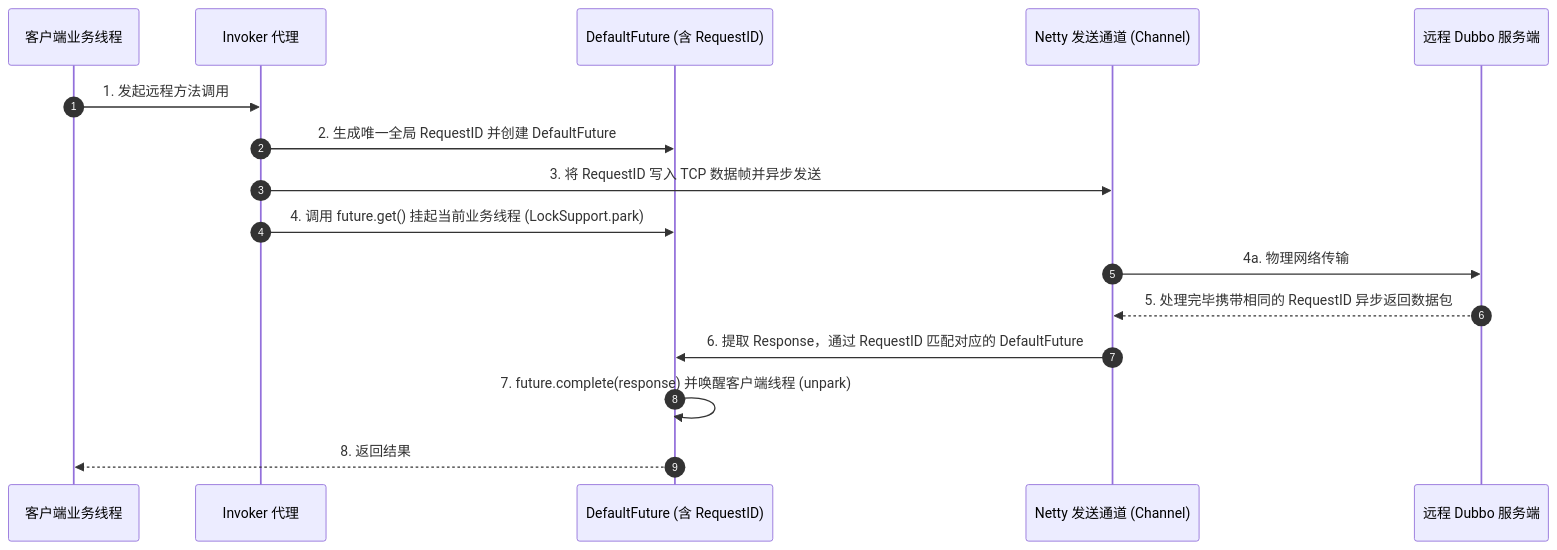
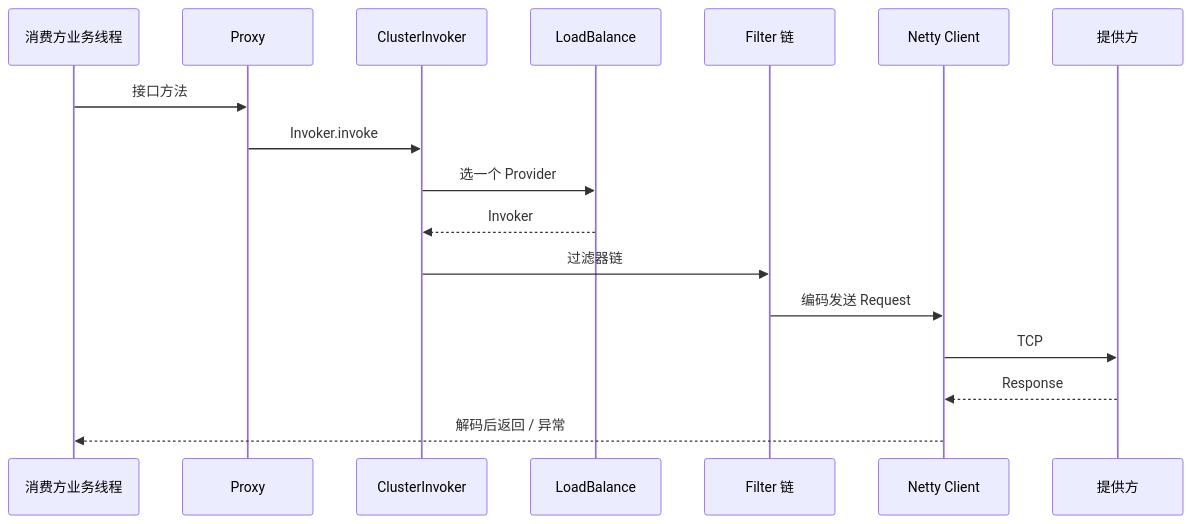
Before and after one commit to Aiden-Coding/AiDocs: the second of 2 diagrams in docs/java/spring/19-dubbo-rpc-kernel.md, drawn with Mermaid. The commit also changed other lines of this file and 21 other files, not shown here.

````diff
--- a/docs/java/spring/19-dubbo-rpc-kernel.md
+++ b/docs/java/spring/19-dubbo-rpc-kernel.md
@@ -57,19 +60,20 @@
 ```mermaid
 sequenceDiagram
-    autonumber
-    participant App as 客户端业务线程
-    participant Proxy as Invoker 代理
-    participant Future as DefaultFuture (含 RequestID)
-    participant Netty as Netty 发送通道 (Channel)
-    participant Server as 远程 Dubbo 服务端
+    participant C as 消费方业务线程
+    participant P as Proxy
+    participant CL as ClusterInvoker
+    participant LB as LoadBalance
+    participant F as Filter 链
+    participant N as Netty Client
+    participant S as 提供方
 
-    App->>Proxy: 1. 发起远程方法调用
-    Proxy->>Future: 2. 生成唯一全局 RequestID 并创建 DefaultFuture
-    Proxy->>Netty: 3. 将 RequestID 写入 TCP 数据帧并异步发送
-    Proxy->>Future: 4. 调用 future.get() 挂起当前业务线程 (LockSupport.park)
-    Netty->>Server: 4a. 物理网络传输
-    Server-->>Netty: 5. 处理完毕携带相同的 RequestID 异步返回数据包
-    Netty->>Future: 6. 提取 Response，通过 RequestID 匹配对应的 DefaultFuture
-    Future->>Future: 7. future.complete(response) 并唤醒客户端线程 (unpark)
-    Future-->>App: 8. 返回结果
+    C->>P: 接口方法
+    P->>CL: Invoker.invoke
+    CL->>LB: 选一个 Provider
+    LB-->>CL: Invoker
+    CL->>F: 过滤器链
+    F->>N: 编码发送 Request
+    N->>S: TCP
+    S-->>N: Response
+    N-->>C: 解码后返回 / 异常
 ```
````
